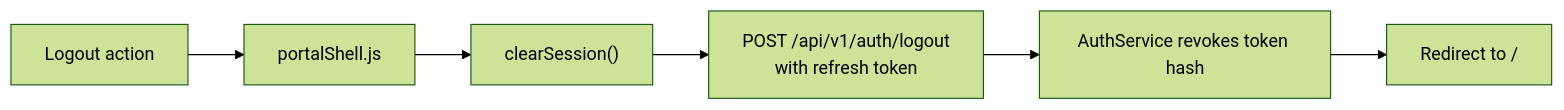
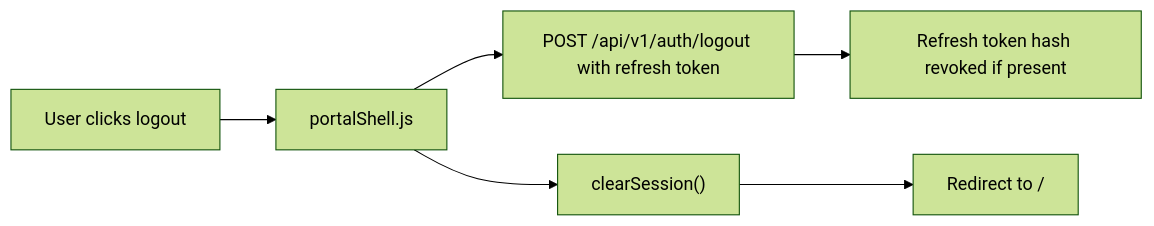
Before and after one commit to digitaldodo/visitor-management-system: the sixth of 42 diagrams in PROJECT_OVERVIEW.md, drawn with Mermaid (forest theme). The commit also changed other lines of this file and 1 other file, not shown here.

````diff
--- a/PROJECT_OVERVIEW.md
+++ b/PROJECT_OVERVIEW.md
@@ -158,8 +218,8 @@
 ```mermaid
 flowchart LR
-    Click["Logout action"] --> Shell["portalShell.js"]
+    Click["User clicks logout"] --> Shell["portalShell.js"]
+    Shell --> Api["POST /api/v1/auth/logout with refresh token"]
+    Api --> Revoke["Refresh token hash revoked if present"]
     Shell --> Clear["clearSession()"]
-    Clear --> Revoke["POST /api/v1/auth/logout<br/>with refresh token"]
-    Revoke --> TokenStore["AuthService revokes token hash"]
-    TokenStore --> Home["Redirect to /"]
+    Clear --> Redirect["Redirect to /"]
 ```
````
